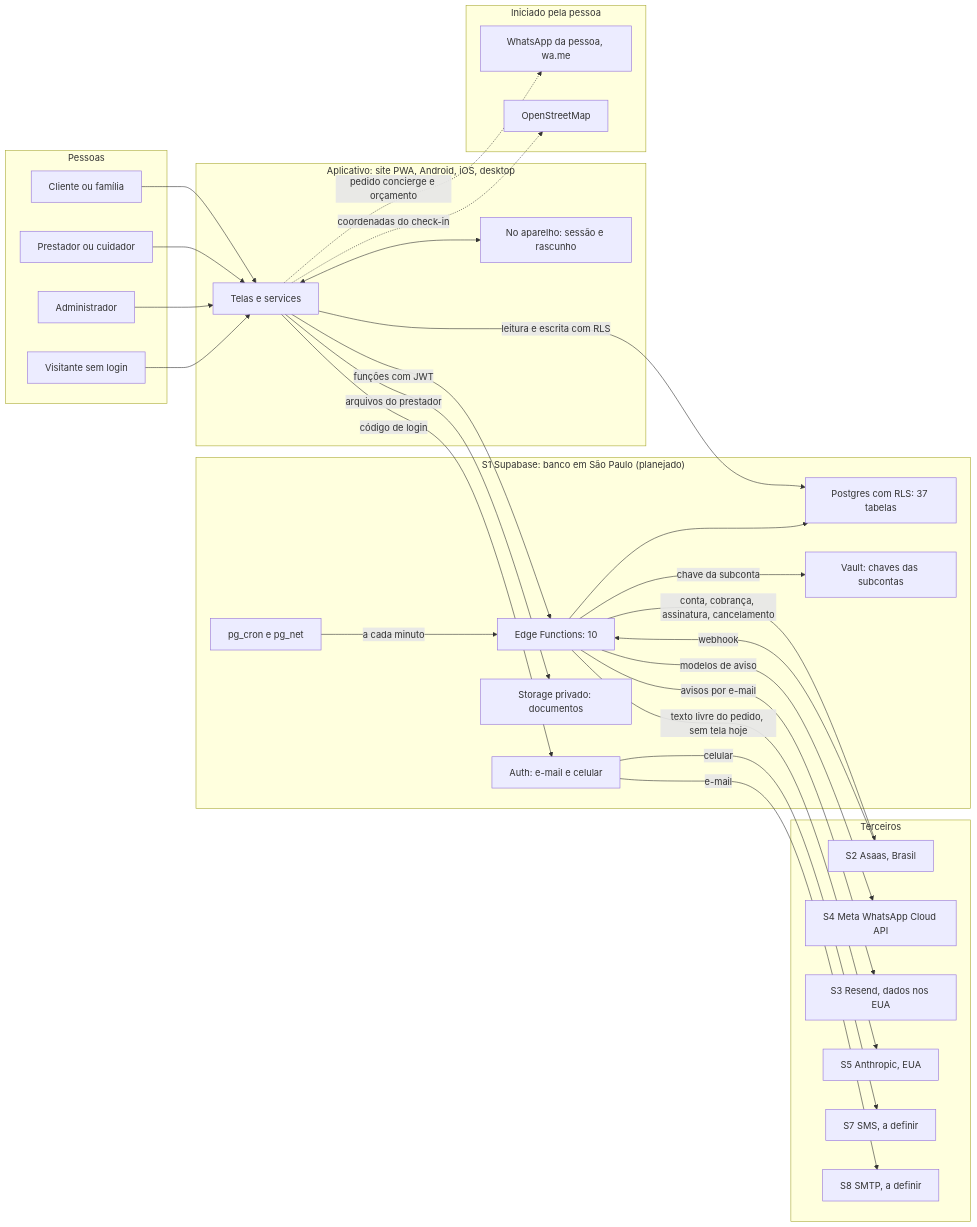
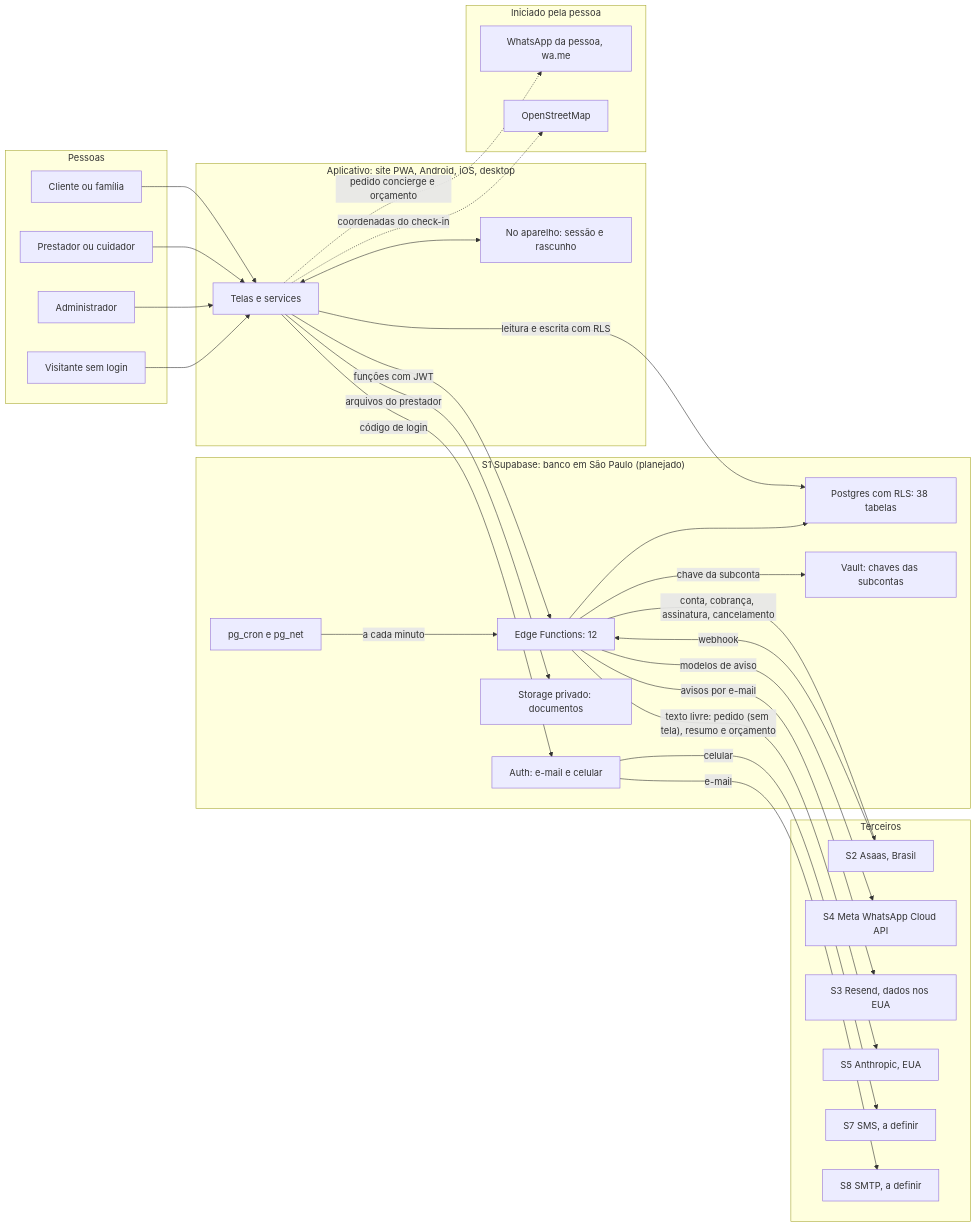
The diagram in apps/web/docs/juridico/07-registro-das-operacoes-de-tratamento.md (drguilhermecapel/Work-Easy), drawn with Mermaid before and after one commit. The commit also changed other lines of this file and 17 other files, not shown here.

````diff
--- a/apps/web/docs/juridico/07-registro-das-operacoes-de-tratamento.md
+++ b/apps/web/docs/juridico/07-registro-das-operacoes-de-tratamento.md
@@ -480,54 +496,54 @@
 ```mermaid
 flowchart LR
   subgraph PESSOAS["Pessoas"]
     CLI["Cliente ou família"]
     PRO["Prestador ou cuidador"]
     ADM["Administrador"]
     VIS["Visitante sem login"]
   end
   subgraph APP["Aplicativo: site PWA, Android, iOS, desktop"]
     UI["Telas e services"]
     DEV["No aparelho: sessão e rascunho"]
   end
   subgraph SB["S1 Supabase: banco em São Paulo (planejado)"]
     AUTH["Auth: e-mail e celular"]
-    DB["Postgres com RLS: 37 tabelas"]
+    DB["Postgres com RLS: 38 tabelas"]
     ST["Storage privado: documentos"]
     VT["Vault: chaves das subcontas"]
-    EF["Edge Functions: 10"]
+    EF["Edge Functions: 12"]
     CR["pg_cron e pg_net"]
   end
   subgraph EXT["Terceiros"]
     ASAAS["S2 Asaas, Brasil"]
     META["S4 Meta WhatsApp Cloud API"]
     RES["S3 Resend, dados nos EUA"]
     ANT["S5 Anthropic, EUA"]
     SMS["S7 SMS, a definir"]
     SMTP["S8 SMTP, a definir"]
   end
   subgraph USR["Iniciado pela pessoa"]
     WA["WhatsApp da pessoa, wa.me"]
     OSM["OpenStreetMap"]
   end
   CLI --> UI
   PRO --> UI
   ADM --> UI
   VIS --> UI
   UI <--> DEV
   UI -->|"leitura e escrita com RLS"| DB
   UI -->|"código de login"| AUTH
   UI -->|"arquivos do prestador"| ST
   UI -->|"funções com JWT"| EF
   AUTH -->|"celular"| SMS
   AUTH -->|"e-mail"| SMTP
   EF --> DB
   EF -->|"chave da subconta"| VT
   EF -->|"conta, cobrança, assinatura, cancelamento"| ASAAS
   ASAAS -->|"webhook"| EF
-  EF -->|"texto livre do pedido, sem tela hoje"| ANT
+  EF -->|"texto livre: pedido (sem tela), resumo e orçamento"| ANT
   CR -->|"a cada minuto"| EF
   EF -->|"modelos de aviso"| META
   EF -->|"avisos por e-mail"| RES
   UI -.->|"pedido concierge e orçamento"| WA
   UI -.->|"coordenadas do check-in"| OSM
 ```
````
